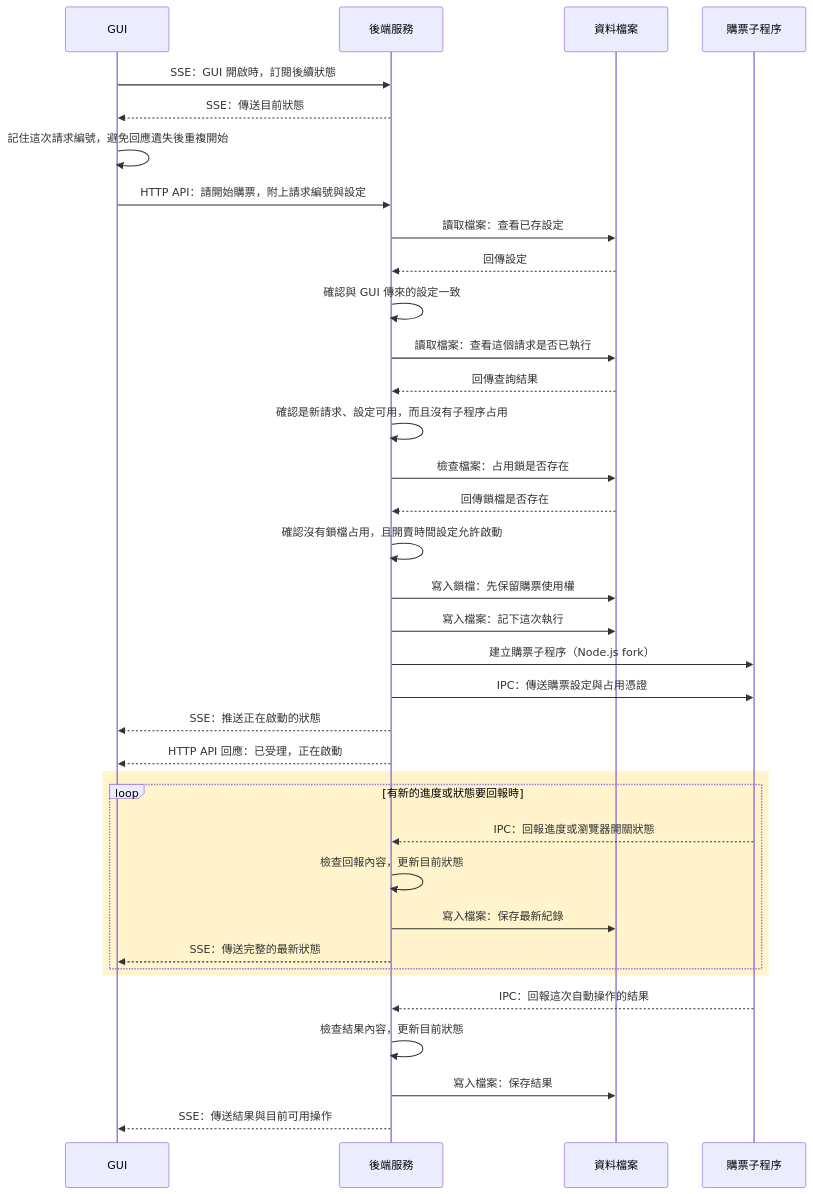
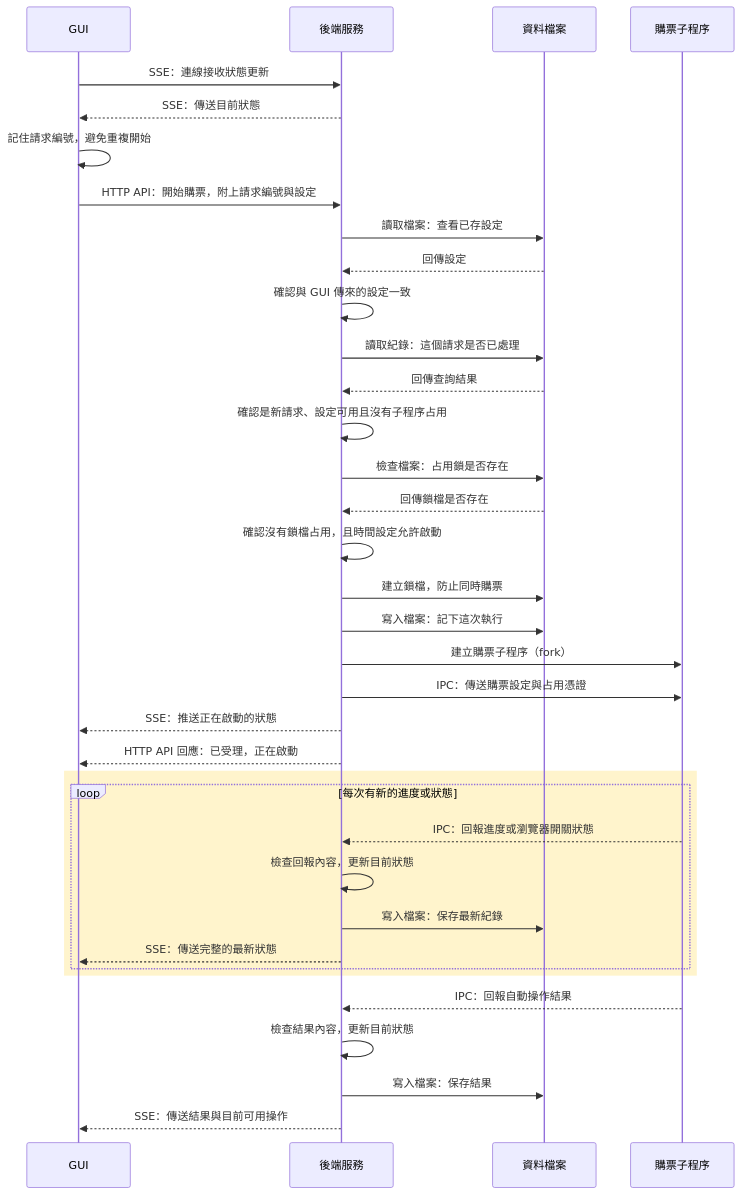
One commit to pablo0825/2026-09-ticketPilot changed the diagram in docs/architecture/start-and-progress.md. Above: the diagram before and after it, drawn with Mermaid. The commit also changed other lines of this file and 4 other files, not shown here.

Commit message:
docs(architecture): simplify explanations and split control diagrams

````diff
--- a/docs/architecture/start-and-progress.md
+++ b/docs/architecture/start-and-progress.md
@@ -7,41 +7,41 @@
 ```mermaid
 sequenceDiagram
     participant G as GUI
     participant B as 後端服務
     participant D as 資料檔案
     participant W as 購票子程序
 
-    G->>B: SSE：GUI 開啟時，訂閱後續狀態
+    G->>B: SSE：連線接收狀態更新
     B-->>G: SSE：傳送目前狀態
-    G->>G: 記住這次請求編號，避免回應遺失後重複開始
-    G->>B: HTTP API：請開始購票，附上請求編號與設定
+    G->>G: 記住請求編號，避免重複開始
+    G->>B: HTTP API：開始購票，附上請求編號與設定
     B->>D: 讀取檔案：查看已存設定
     D-->>B: 回傳設定
     B->>B: 確認與 GUI 傳來的設定一致
-    B->>D: 讀取檔案：查看這個請求是否已執行
+    B->>D: 讀取紀錄：這個請求是否已處理
     D-->>B: 回傳查詢結果
-    B->>B: 確認是新請求、設定可用，而且沒有子程序占用
+    B->>B: 確認是新請求、設定可用且沒有子程序占用
     B->>D: 檢查檔案：占用鎖是否存在
     D-->>B: 回傳鎖檔是否存在
-    B->>B: 確認沒有鎖檔占用，且開賣時間設定允許啟動
-    B->>D: 寫入鎖檔：先保留購票使用權
+    B->>B: 確認沒有鎖檔占用，且時間設定允許啟動
+    B->>D: 建立鎖檔，防止同時購票
     B->>D: 寫入檔案：記下這次執行
-    B->>W: 建立購票子程序（Node.js fork）
+    B->>W: 建立購票子程序（fork）
     B->>W: IPC：傳送購票設定與占用憑證
     B-->>G: SSE：推送正在啟動的狀態
     B-->>G: HTTP API 回應：已受理，正在啟動
 
     rect rgb(255, 244, 204)
-        loop 有新的進度或狀態要回報時
+        loop 每次有新的進度或狀態
             W-->>B: IPC：回報進度或瀏覽器開關狀態
             B->>B: 檢查回報內容，更新目前狀態
             B->>D: 寫入檔案：保存最新紀錄
             B-->>G: SSE：傳送完整的最新狀態
         end
     end
 
-    W-->>B: IPC：回報這次自動操作的結果
+    W-->>B: IPC：回報自動操作結果
     B->>B: 檢查結果內容，更新目前狀態
     B->>D: 寫入檔案：保存結果
     B-->>G: SSE：傳送結果與目前可用操作
 ```
````
